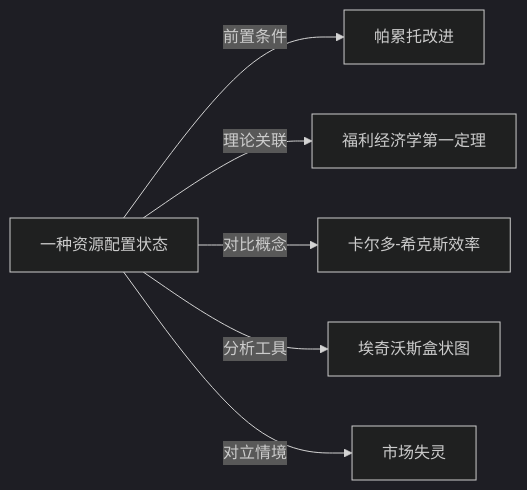
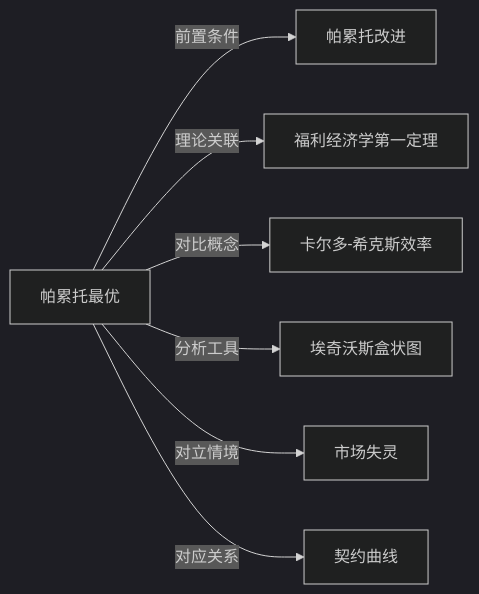
The diagram in Knowledge/Concepts/经济/帕累托最优.md (KIMMCHOW/MyKnowledge), drawn with Mermaid (dark theme) before and after one commit. The commit also changed 96 other files, not shown here.

Commit message:
fix: 修复概念页关系图节点并补齐缺失关联

````diff
--- a/Knowledge/Concepts/经济/帕累托最优.md
+++ b/Knowledge/Concepts/经济/帕累托最优.md
@@ -45,8 +45,9 @@
 ```mermaid
 graph LR
-    一种资源配置状态 -->|前置条件| 帕累托改进
-    一种资源配置状态 -->|理论关联| 福利经济学第一定理
-    一种资源配置状态 -->|对比概念| 卡尔多-希克斯效率
-    一种资源配置状态 -->|分析工具| 埃奇沃斯盒状图
-    一种资源配置状态 -->|对立情境| 市场失灵
+帕累托最优 -->|前置条件| 帕累托改进
+帕累托最优 -->|理论关联| 福利经济学第一定理
+帕累托最优 -->|对比概念| 卡尔多-希克斯效率
+帕累托最优 -->|分析工具| 埃奇沃斯盒状图
+帕累托最优 -->|对立情境| 市场失灵
+帕累托最优 -->|对应关系| 契约曲线
 ```
````
